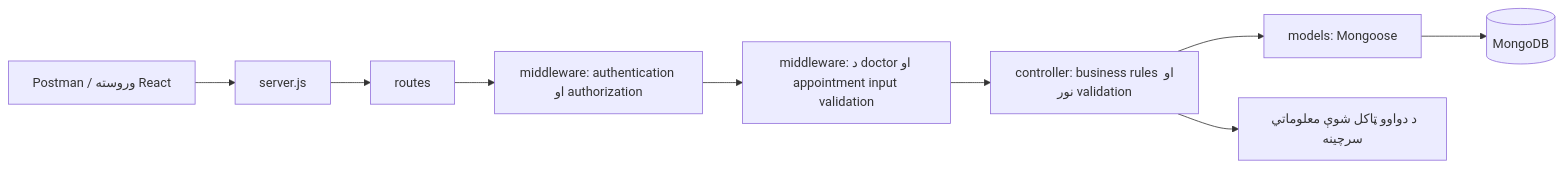
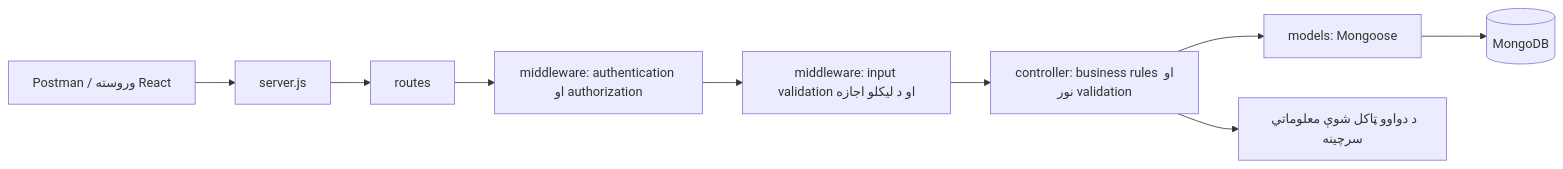
The first of 3 diagrams in docs/BACKEND_PLAN.md (hayatullah-zaland/hospital-digital-prescription-system), drawn with Mermaid before and after one commit. The commit also changed other lines of this file and 19 other files, not shown here.

````diff
--- a/docs/BACKEND_PLAN.md
+++ b/docs/BACKEND_PLAN.md
@@ -34,11 +40,11 @@
 ```mermaid
 flowchart LR
     Client[Postman / وروسته React] --> Server[server.js]
     Server --> Routes[routes]
     Routes --> Auth[middleware: authentication او authorization]
-    Auth --> Validation[middleware: د doctor او appointment input validation]
+    Auth --> Validation[middleware: input validation او د لیکلو اجازه]
     Validation --> Controllers[controller: business rules او نور validation]
     Controllers --> Models[models: Mongoose]
     Models --> DB[(MongoDB)]
     Controllers --> Knowledge[د دواوو ټاکل شوې معلوماتي سرچینه]
 ```
````
